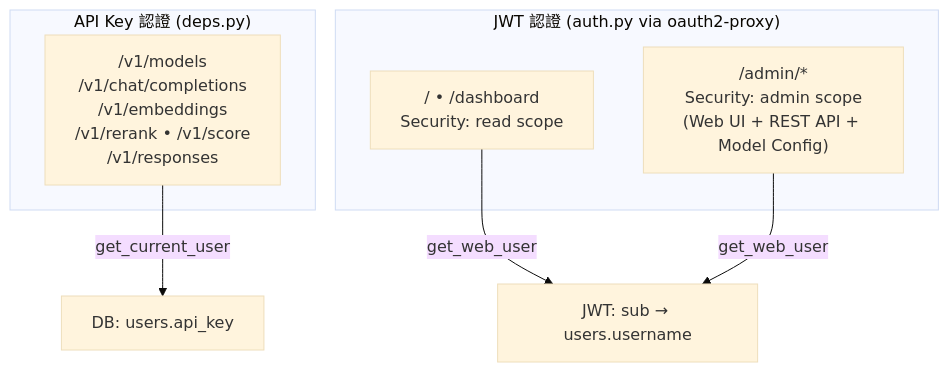
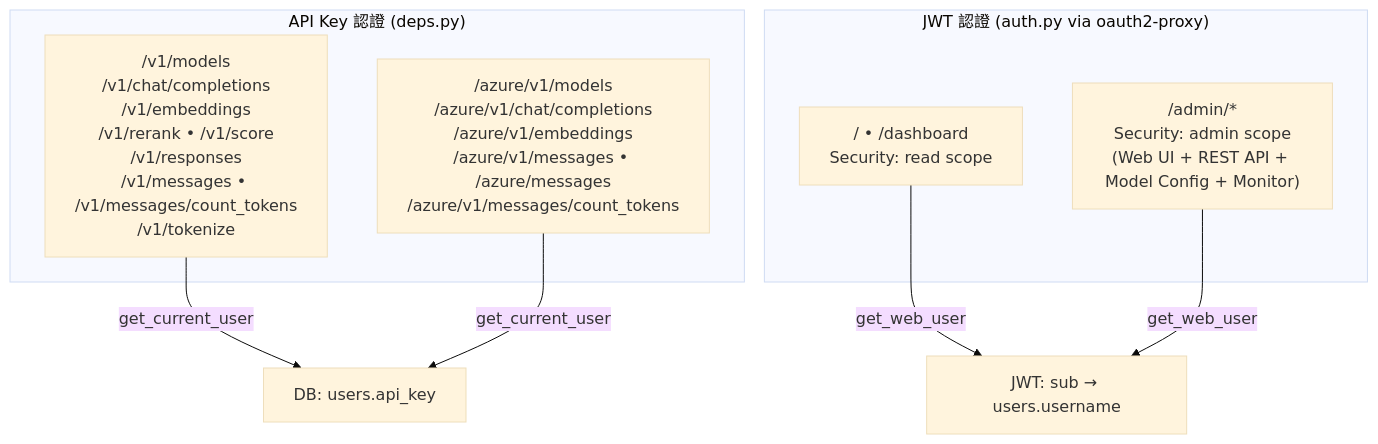
One commit to bwinken/llm-gateway changed the second of 2 diagrams in app/routers/README.zh-TW.md. Above: the diagram before and after it, drawn with Mermaid (base theme). The commit also changed other lines of this file and 23 other files, not shown here.

````diff
--- a/app/routers/README.zh-TW.md
+++ b/app/routers/README.zh-TW.md
@@ -125,15 +164,17 @@
 ```mermaid
 graph TD
     subgraph "API Key 認證 (deps.py)"
-        V1["/v1/models<br/>/v1/chat/completions<br/>/v1/embeddings<br/>/v1/rerank • /v1/score<br/>/v1/responses"]
+        V1["/v1/models<br/>/v1/chat/completions<br/>/v1/embeddings<br/>/v1/rerank • /v1/score<br/>/v1/responses<br/>/v1/messages • /v1/messages/count_tokens<br/>/v1/tokenize"]
+        Azure["/azure/v1/models<br/>/azure/v1/chat/completions<br/>/azure/v1/embeddings<br/>/azure/v1/messages • /azure/messages<br/>/azure/v1/messages/count_tokens"]
     end
 
     subgraph "JWT 認證 (auth.py via oauth2-proxy)"
         Dashboard["/ • /dashboard<br/>Security: read scope"]
-        Admin["/admin/*<br/>Security: admin scope<br/>(Web UI + REST API + Model Config)"]
+        Admin["/admin/*<br/>Security: admin scope<br/>(Web UI + REST API + Model Config + Monitor)"]
     end
 
     V1 -->|get_current_user| DB["DB: users.api_key"]
+    Azure -->|get_current_user| DB
     Dashboard -->|get_web_user| JWT["JWT: sub → users.username"]
     Admin -->|get_web_user| JWT
 ```
````
